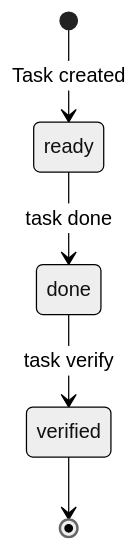
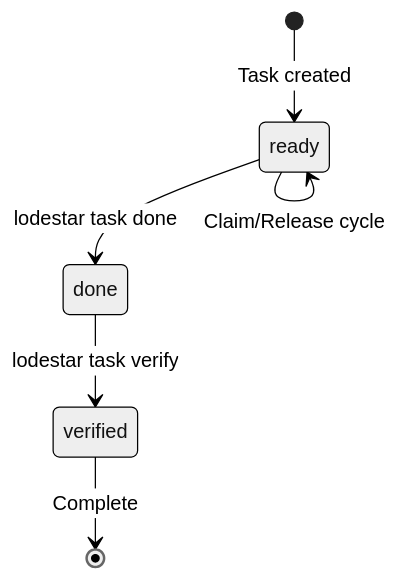
The first of 4 diagrams in docs/concepts/task-lifecycle.md (ThomasRohde/lodestar), drawn with Mermaid (neutral theme) before and after one commit. The commit also changed other lines of this file and 3 other files, not shown here.

First line of the commit message:
docs: Enhance architecture and concepts with diagrams

````diff
--- a/docs/concepts/task-lifecycle.md
+++ b/docs/concepts/task-lifecycle.md
@@ -7,7 +7,9 @@
 ```mermaid
 stateDiagram-v2
     [*] --> ready: Task created
-    ready --> done: task done
-    done --> verified: task verify
-    verified --> [*]
+    ready --> done: lodestar task done
+    done --> verified: lodestar task verify
+    verified --> [*]: Complete
+
+    ready --> ready: Claim/Release cycle
 ```
````
